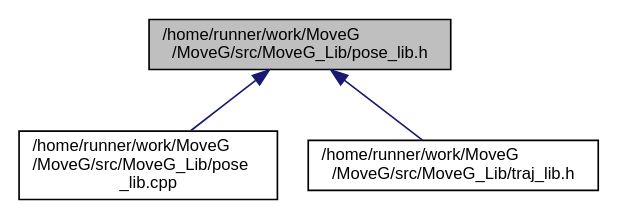
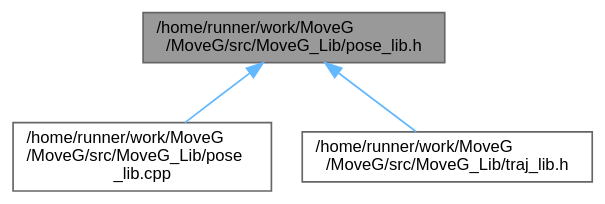
Before and after one commit to GiorgioMedico/MoveG: the diagram in pose__lib_8h__dep__incl.dot, drawn with Graphviz. The commit also changed 164 other files, not shown here.

```diff
--- a/pose__lib_8h__dep__incl.dot
+++ b/pose__lib_8h__dep__incl.dot
@@ -1,11 +1,12 @@
 digraph "/home/runner/work/MoveG/MoveG/src/MoveG_Lib/pose_lib.h"
 {
  // LATEX_PDF_SIZE
-  edge [fontname="Helvetica",fontsize="10",labelfontname="Helvetica",labelfontsize="10"];
-  node [fontname="Helvetica",fontsize="10",shape=record];
-  Node1 [label="/home/runner/work/MoveG\l/MoveG/src/MoveG_Lib/pose_lib.h",height=0.2,width=0.4,color="black", fillcolor="grey75", style="filled", fontcolor="black",tooltip="Classe per la rappresentazione di Pose."];
-  Node1 -> Node2 [dir="back",color="midnightblue",fontsize="10",style="solid",fontname="Helvetica"];
-  Node2 [label="/home/runner/work/MoveG\l/MoveG/src/MoveG_Lib/pose\l_lib.cpp",height=0.2,width=0.4,color="black", fillcolor="white", style="filled",URL="$pose__lib_8cpp.html",tooltip="Classe per la rappresentazione di Pose."];
-  Node1 -> Node3 [dir="back",color="midnightblue",fontsize="10",style="solid",fontname="Helvetica"];
-  Node3 [label="/home/runner/work/MoveG\l/MoveG/src/MoveG_Lib/traj_lib.h",height=0.2,width=0.4,color="black", fillcolor="white", style="filled",URL="$traj__lib_8h.html",tooltip="Classe per la rappresentazione di Traiettorie."];
+  bgcolor="transparent";
+  edge [fontname=Helvetica,fontsize=10,labelfontname=Helvetica,labelfontsize=10];
+  node [fontname=Helvetica,fontsize=10,shape=box,height=0.2,width=0.4];
+  Node1 [id="Node000001",label="/home/runner/work/MoveG\l/MoveG/src/MoveG_Lib/pose_lib.h",height=0.2,width=0.4,color="gray40", fillcolor="grey60", style="filled", fontcolor="black",tooltip="Classe per la rappresentazione di Pose."];
+  Node1 -> Node2 [id="edge1_Node000001_Node000002",dir="back",color="steelblue1",style="solid",tooltip=" "];
+  Node2 [id="Node000002",label="/home/runner/work/MoveG\l/MoveG/src/MoveG_Lib/pose\l_lib.cpp",height=0.2,width=0.4,color="grey40", fillcolor="white", style="filled",URL="$pose__lib_8cpp.html",tooltip="Classe per la rappresentazione di Pose."];
+  Node1 -> Node3 [id="edge2_Node000001_Node000003",dir="back",color="steelblue1",style="solid",tooltip=" "];
+  Node3 [id="Node000003",label="/home/runner/work/MoveG\l/MoveG/src/MoveG_Lib/traj_lib.h",height=0.2,width=0.4,color="grey40", fillcolor="white", style="filled",URL="$traj__lib_8h.html",tooltip="Classe per la rappresentazione di Traiettorie."];
 }
```
